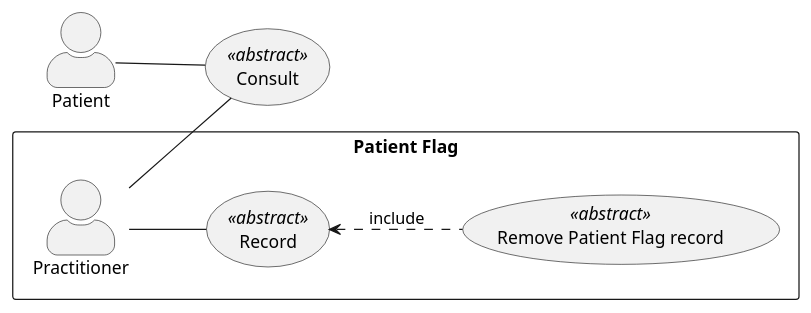
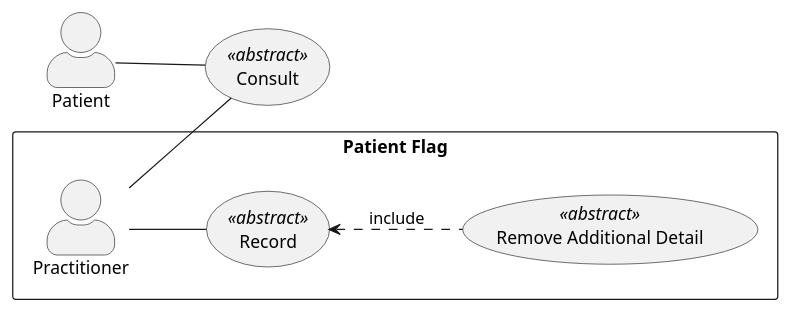
One commit to NHSDigital/IOPS-FHIR-Simplifier-Backup changed the third of 4 diagrams in NHSEnglandProgrammeImplementationGuides/backup/guides/Patient-Flag-Implementation-Guide-Beta/Home/Use-Cases-2/PatientFlag-record/Add-remove-associated-resources.page.md. Above: the diagram before and after it, drawn with PlantUML. The commit also changed 93 other files, not shown here.

```diff
--- a/NHSEnglandProgrammeImplementationGuides/backup/guides/Patient-Flag-Implementation-Guide-Beta/Home/Use-Cases-2/PatientFlag-record/Add-remove-associated-resources.page.md
+++ b/NHSEnglandProgrammeImplementationGuides/backup/guides/Patient-Flag-Implementation-Guide-Beta/Home/Use-Cases-2/PatientFlag-record/Add-remove-associated-resources.page.md
@@ -89,22 +89,22 @@
 @startuml
 
 skinparam actorStyle awesome
 left to right direction
 
 rectangle "Patient Flag"{
 actor Practitioner as pra
 usecase "Record" as record <<abstract>>
-usecase "Remove Patient Flag record" as rem <<abstract>>
+usecase "Remove Additional Detail" as rem <<abstract>>
 }
 
 
 actor Patient as pat
 
 usecase "Consult" as consult <<abstract>>
 
 pat -- consult
 pra -- consult
 pra -- record
 record <.. rem : include
 
 @enduml
```
